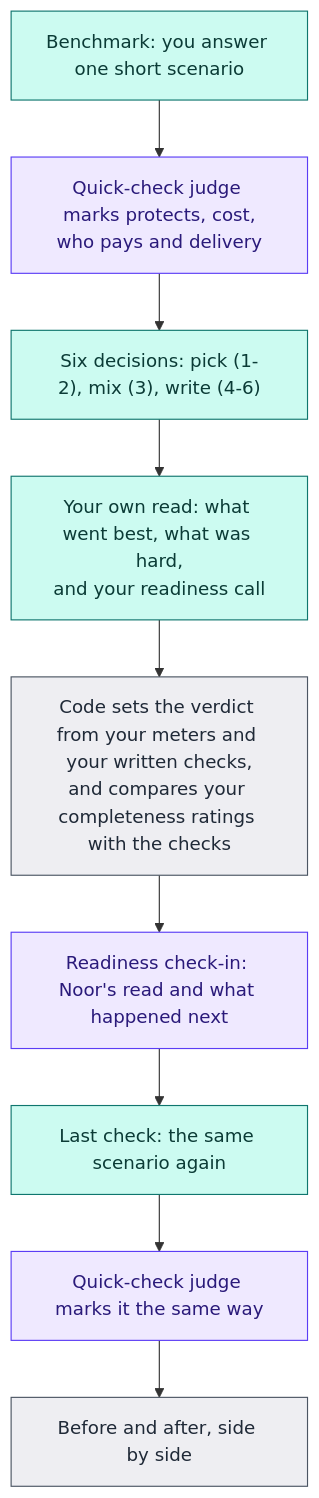
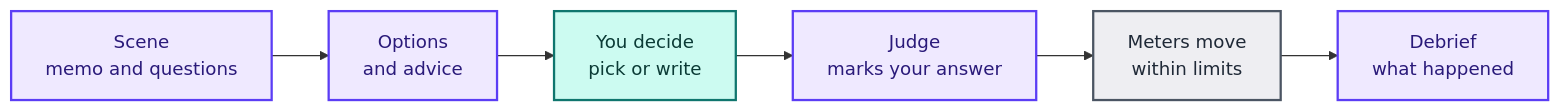
The third of 3 diagrams in docs/system-diagrams.md (gtran16/LDAI-leadership-game-prototype), drawn with Mermaid before and after one commit. The commit also changed other lines of this file, not shown here.

Commit message:
System diagrams condensed to one page with a color key

````diff
--- a/docs/system-diagrams.md
+++ b/docs/system-diagrams.md
@@ -33,18 +28,7 @@
 ```mermaid
-flowchart TD
-  classDef you fill:#CCFBF1,stroke:#0F766E,color:#0B3B36
-  classDef ai fill:#EFE9FF,stroke:#5B3DF5,color:#2A1A7A
-  classDef code fill:#EEEEF2,stroke:#4B5563,color:#1F2937
-
-  P["Benchmark: you answer one short scenario"]:::you
-  P8a["Quick-check judge marks protects, cost,<br/>who pays and delivery"]:::ai
-  S["Six decisions: pick (1-2), mix (3), write (4-6)"]:::you
-  R["Your own read: what went best, what was hard,<br/>and your readiness call"]:::you
-  V["Code sets the verdict from your meters and your written checks,<br/>and compares your completeness ratings with the checks"]:::code
-  N["Readiness check-in: Noor's read and what happened next"]:::ai
-  Q["Last check: the same scenario again"]:::you
-  P8b["Quick-check judge marks it the same way"]:::ai
-  C["Before and after, side by side"]:::code
-
-  P --> P8a --> S --> R --> V --> N --> Q --> P8b --> C
+flowchart LR
+  classDef you fill:#CCFBF1,stroke:#0F766E,color:#0B3B36,stroke-width:2px
+  classDef ai fill:#EFE9FF,stroke:#5B3DF5,color:#2A1A7A,stroke-width:2px
+  classDef code fill:#EEEEF2,stroke:#4B5563,color:#1F2937,stroke-width:2px
+  S["Scene<br/>memo and questions"]:::ai --> O["Options<br/>and advice"]:::ai --> P["You decide<br/>pick or write"]:::you --> J["Judge<br/>marks your answer"]:::ai --> M["Meters move<br/>within limits"]:::code --> F["Debrief<br/>what happened"]:::ai
 ```
````
